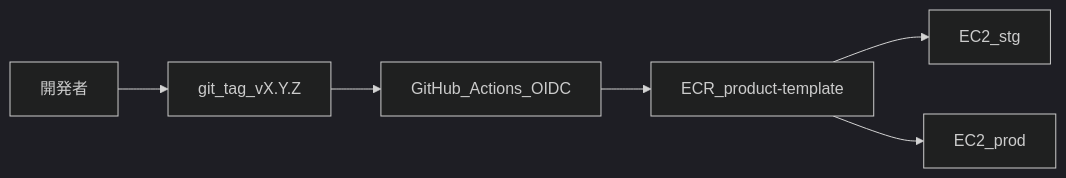
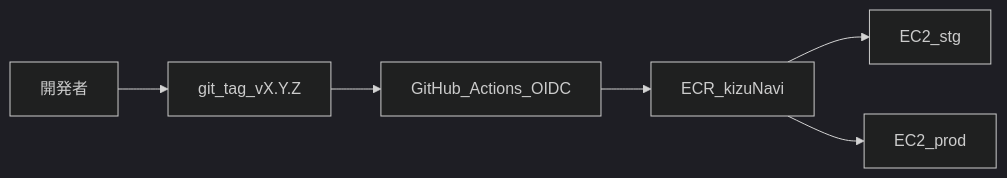
One commit to hiroba-develop/Kizunavi_app changed the fourth of 5 diagrams in docs/aws-ecr-setup.md. Above: the diagram before and after it, drawn with Mermaid (dark theme). The commit also changed other lines of this file and 171 other files, not shown here.

````diff
--- a/docs/aws-ecr-setup.md
+++ b/docs/aws-ecr-setup.md
@@ -175,12 +175,12 @@
 ```mermaid
 flowchart LR
   dev[開発者]
   tag["git_tag_vX.Y.Z"]
   gha[GitHub_Actions_OIDC]
-  ecr[ECR_product-template]
+  ecr[ECR_kizuNavi]
   ec2_stg[EC2_stg]
   ec2_prod[EC2_prod]
   dev --> tag --> gha --> ecr
   ecr --> ec2_stg
   ecr --> ec2_prod
 ```
````
